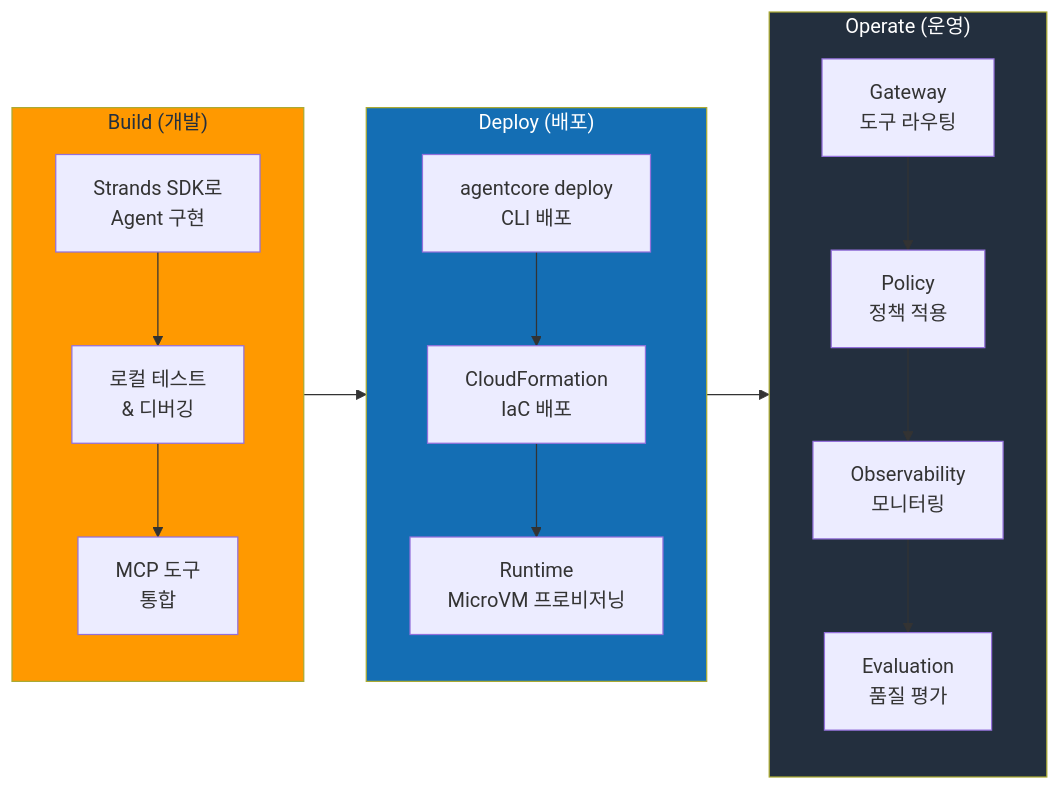
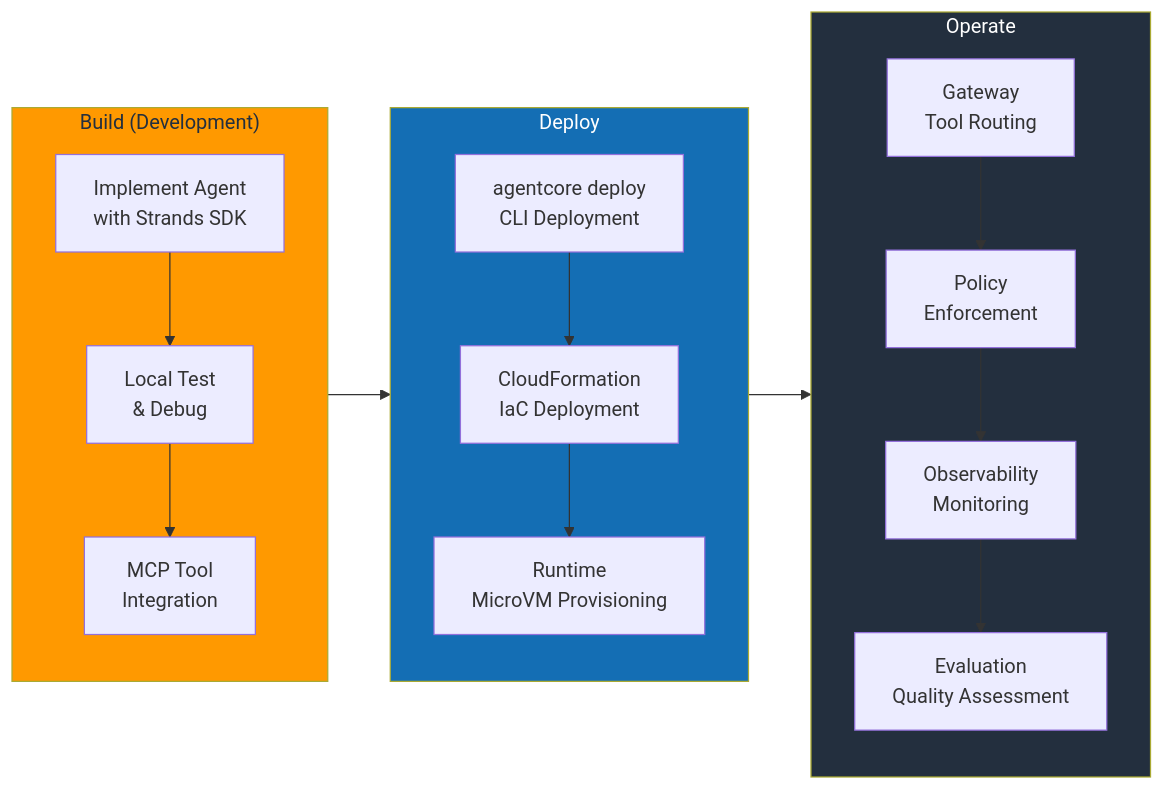
Before and after one commit to devfloor9/engineering-playbook: the second of 5 diagrams in docs/agentic-ai-platform/design-architecture/platform-selection/aws-native-agentic-platform.md, drawn with Mermaid. The commit also changed other lines of this file and 954 other files, not shown here.

````diff
--- a/docs/agentic-ai-platform/design-architecture/platform-selection/aws-native-agentic-platform.md
+++ b/docs/agentic-ai-platform/design-architecture/platform-selection/aws-native-agentic-platform.md
@@ -299,24 +300,24 @@
 ```mermaid
 graph LR
-    subgraph Build["Build (개발)"]
-        B1["Strands SDK로<br/>Agent 구현"] --> B2["로컬 테스트<br/>& 디버깅"]
-        B2 --> B3["MCP 도구<br/>통합"]
+    subgraph Build["Build (Development)"]
+        B1["Implement Agent<br/>with Strands SDK"] --> B2["Local Test<br/>& Debug"]
+        B2 --> B3["MCP Tool<br/>Integration"]
     end
 
-    subgraph Deploy["Deploy (배포)"]
-        D1["agentcore deploy<br/>CLI 배포"] --> D2["CloudFormation<br/>IaC 배포"]
-        D2 --> D3["Runtime<br/>MicroVM 프로비저닝"]
+    subgraph Deploy["Deploy"]
+        D1["agentcore deploy<br/>CLI Deployment"] --> D2["CloudFormation<br/>IaC Deployment"]
+        D2 --> D3["Runtime<br/>MicroVM Provisioning"]
     end
 
-    subgraph Operate["Operate (운영)"]
-        O1["Gateway<br/>도구 라우팅"] --> O2["Policy<br/>정책 적용"]
-        O2 --> O3["Observability<br/>모니터링"]
-        O3 --> O4["Evaluation<br/>품질 평가"]
+    subgraph Operate["Operate"]
+        O1["Gateway<br/>Tool Routing"] --> O2["Policy<br/>Enforcement"]
+        O2 --> O3["Observability<br/>Monitoring"]
+        O3 --> O4["Evaluation<br/>Quality Assessment"]
     end
 
     Build --> Deploy --> Operate
 
     style Build fill:#FF9900,color:#232F3E
     style Deploy fill:#146EB4,color:#fff
     style Operate fill:#232F3E,color:#fff
 ```
````
